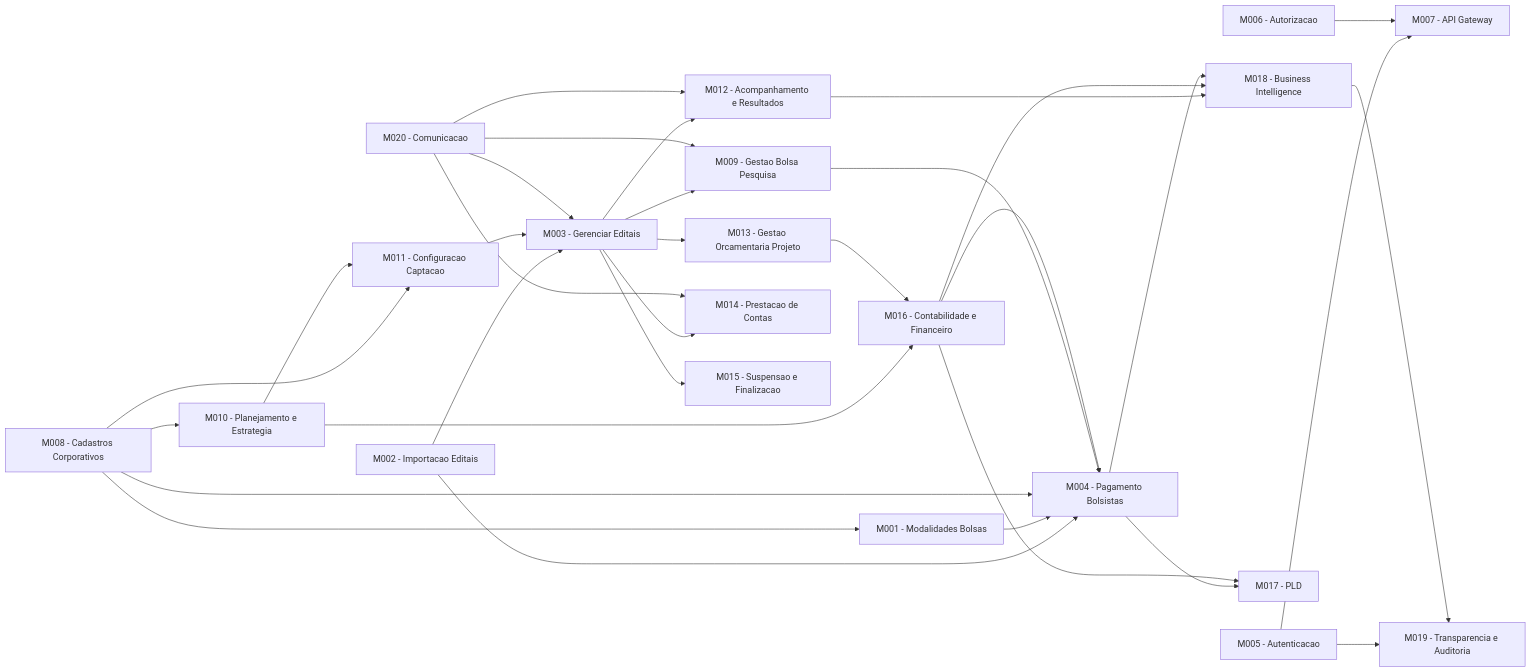
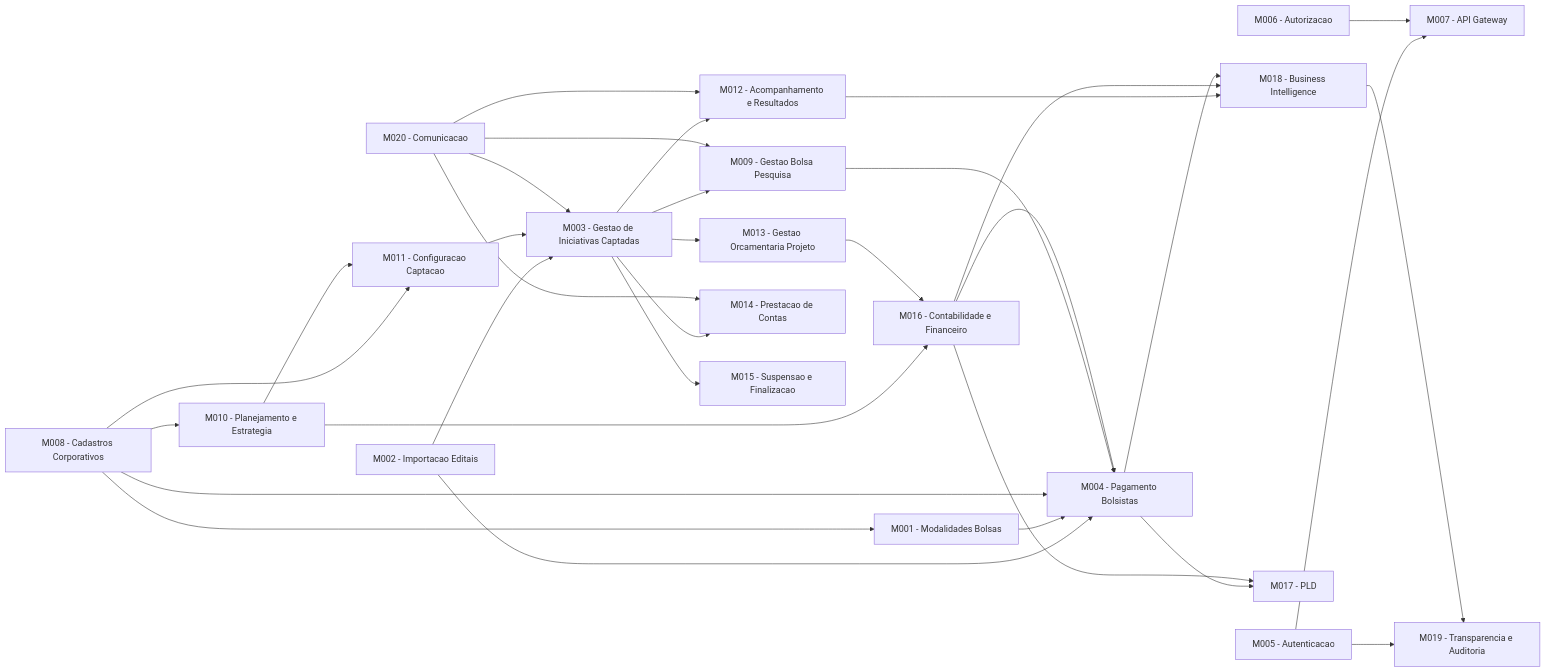
One commit to Czzped/conecta-fapes-teste changed the diagram in docs/management/backlog-product.md. Above: the diagram before and after it, drawn with Mermaid. The commit also changed other lines of this file and 36 other files, not shown here.

First line of the commit message:
[DOCS] Renomear M003 para Gestao de Iniciativas Captadas e expandir M011

````diff
--- a/docs/management/backlog-product.md
+++ b/docs/management/backlog-product.md
@@ -206,47 +207,47 @@
 ```mermaid
 graph LR
     %% Modulos existentes
     M002[M002 - Importacao Editais] --> M004[M004 - Pagamento Bolsistas]
-    M002 --> M003[M003 - Gerenciar Editais]
+    M002 --> M003[M003 - Gestao de Iniciativas Captadas]
     M001[M001 - Modalidades Bolsas] --> M004
     M005[M005 - Autenticacao] --> M007[M007 - API Gateway]
     M006[M006 - Autorizacao] --> M007
     M003 --> M009[M009 - Gestao Bolsa Pesquisa]
 
     %% Novos modulos — Corporativo
     M008[M008 - Cadastros Corporativos] --> M001
     M008 --> M010[M010 - Planejamento e Estrategia]
     M008 --> M011[M011 - Configuracao Captacao]
     M008 --> M004
 
     %% Planejamento e Estrategia
     M010 --> M011
     M010 --> M016[M016 - Contabilidade e Financeiro]
 
     %% Pre-Award
     M011 --> M003
 
     %% Post-Award
     M003 --> M012[M012 - Acompanhamento e Resultados]
     M003 --> M013[M013 - Gestao Orcamentaria Projeto]
     M003 --> M014[M014 - Prestacao de Contas]
     M003 --> M015[M015 - Suspensao e Finalizacao]
     M009 --> M004
     M013 --> M016
 
     %% Financeiro
     M016 --> M004
     M004 --> M017[M017 - PLD]
     M016 --> M017
 
     %% Suporte e Inteligencia
     M012 --> M018[M018 - Business Intelligence]
     M016 --> M018
     M004 --> M018
     M005 --> M019[M019 - Transparencia e Auditoria]
     M018 --> M019
     M020[M020 - Comunicacao] --> M003
     M020 --> M009
     M020 --> M012
     M020 --> M014
 ```
````
